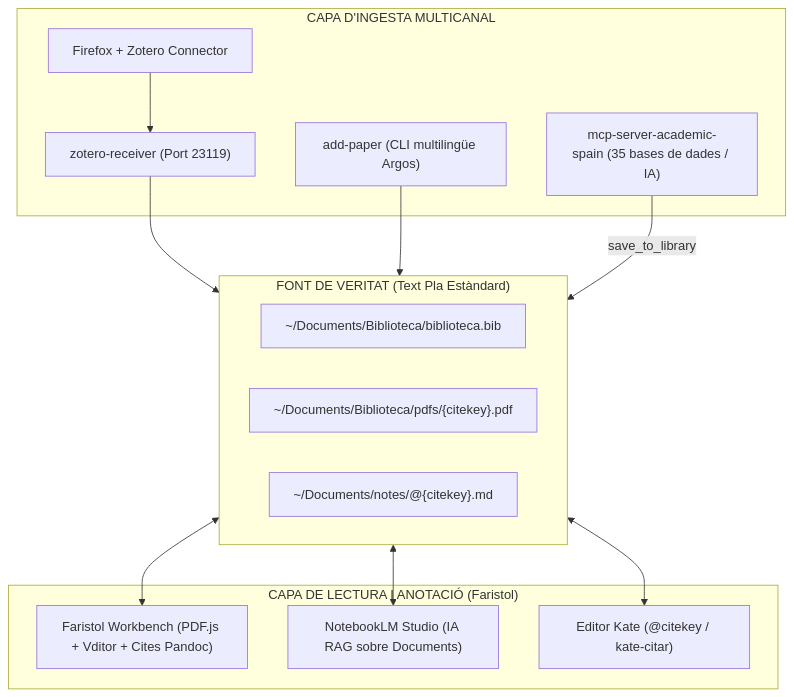
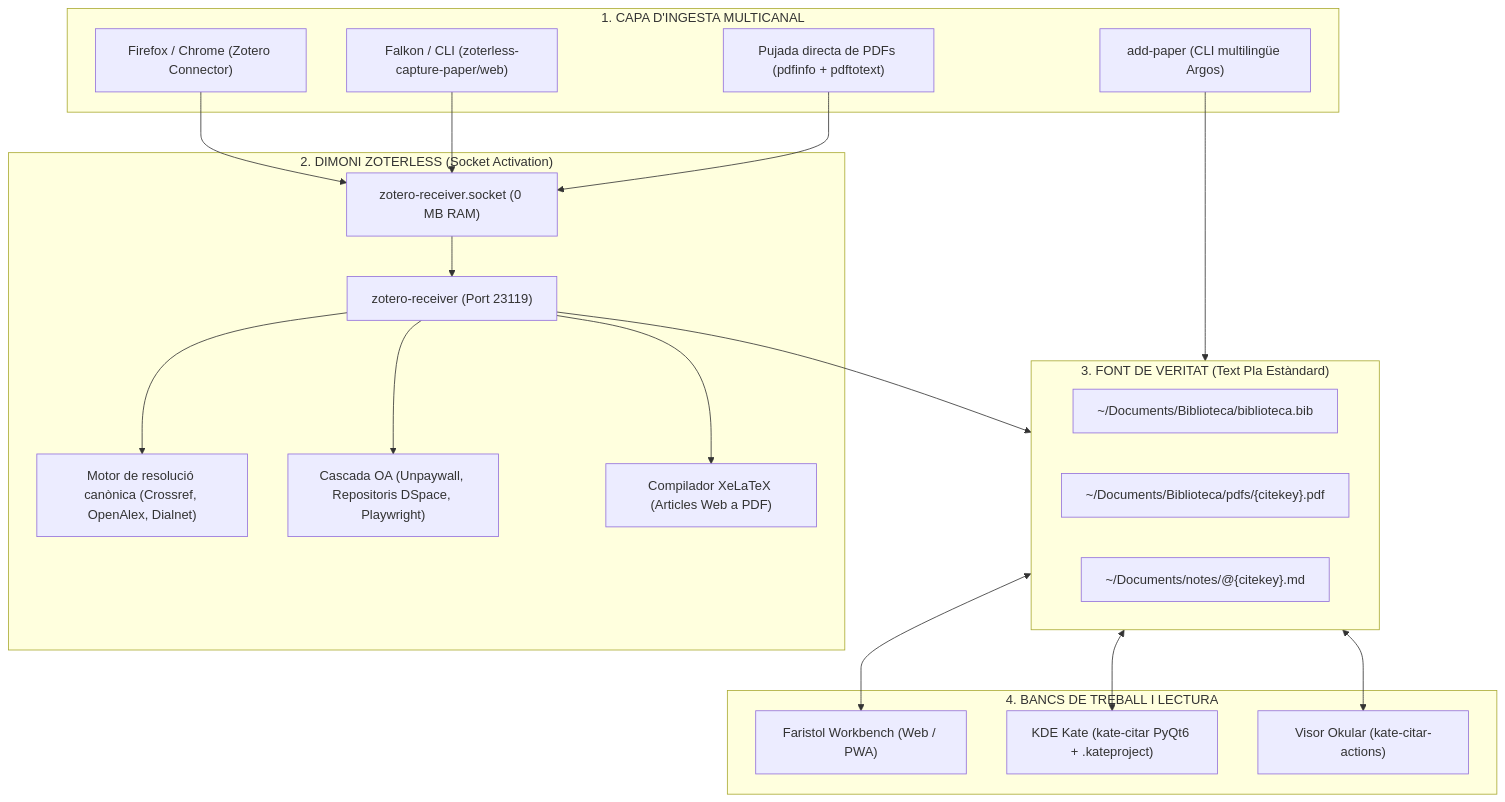
The diagram in README.md (CasimirVictoria/zoterless), drawn with Mermaid before and after one commit. The commit also changed other lines of this file and 3 other files, not shown here.

Commit message:
feat: captura remota Android via Tailscale, suport SingleFile HTML+PDF, Socket Activation i manual add-paper

````diff
--- a/README.md
+++ b/README.md
@@ -234,28 +57,38 @@
 ```mermaid
 flowchart TD
-    subgraph Ingesta ["CAPA D'INGESTA MULTICANAL"]
-        Firefox["Firefox + Zotero Connector"] --> Receiver["zotero-receiver (Port 23119)"]
+    subgraph Ingesta ["1. CAPA D'INGESTA MULTICANAL"]
+        Firefox["Firefox / Chrome (Zotero Connector)"]
+        Falkon["Falkon / CLI (zoterless-capture-paper/web)"]
         CLI["add-paper (CLI multilingüe Argos)"]
-        MCP["mcp-server-academic-spain (35 bases de dades / IA)"]
+        Upload["Pujada directa de PDFs (pdfinfo + pdftotext)"]
     end
 
-    subgraph Truth ["FONT DE VERITAT (Text Pla Estàndard)"]
+    subgraph Daemon ["2. DIMONI ZOTERLESS (Socket Activation)"]
+        Socket["zotero-receiver.socket (0 MB RAM)"] --> Receiver["zotero-receiver (Port 23119)"]
+        Receiver --> Engine["Motor de resolució canònica (Crossref, OpenAlex, Dialnet)"]
+        Receiver --> OA["Cascada OA (Unpaywall, Repositoris DSpace, Playwright)"]
+        Receiver --> Latex["Compilador XeLaTeX (Articles Web a PDF)"]
+    end
+
+    subgraph Truth ["3. FONT DE VERITAT (Text Pla Estàndard)"]
         Bib["~/Documents/Biblioteca/biblioteca.bib"]
         PDFs["~/Documents/Biblioteca/pdfs/{citekey}.pdf"]
         Notes["~/Documents/notes/@{citekey}.md"]
     end
 
-    subgraph PKM ["CAPA DE LECTURA I ANOTACIÓ (Faristol)"]
-        FaristolWeb["Faristol Workbench (PDF.js + Vditor + Cites Pandoc)"]
-        NotebookLM["NotebookLM Studio (IA RAG sobre Documents)"]
-        Kate["Editor Kate (@citekey / kate-citar)"]
+    subgraph Workbenches ["4. BANCS DE TREBALL I LECTURA"]
+        Faristol["Faristol Workbench (Web / PWA)"]
+        Kate["KDE Kate (kate-citar PyQt6 + .kateproject)"]
+        Okular["Visor Okular (kate-citar-actions)"]
     end
 
+    Firefox --> Socket
+    Falkon --> Socket
+    CLI --> Truth
+    Upload --> Socket
+
     Receiver --> Truth
-    CLI --> Truth
-    MCP -->|save_to_library| Truth
-
-    Truth <--> FaristolWeb
-    Truth <--> NotebookLM
+    Truth <--> Faristol
     Truth <--> Kate
+    Truth <--> Okular
 ```
````
